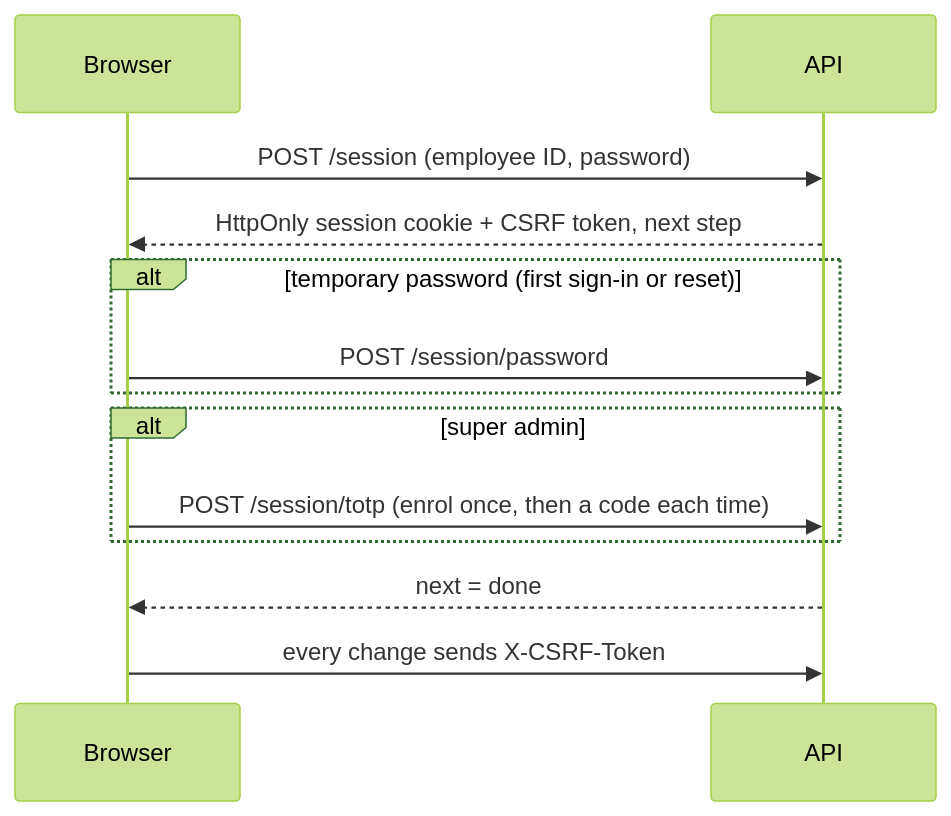
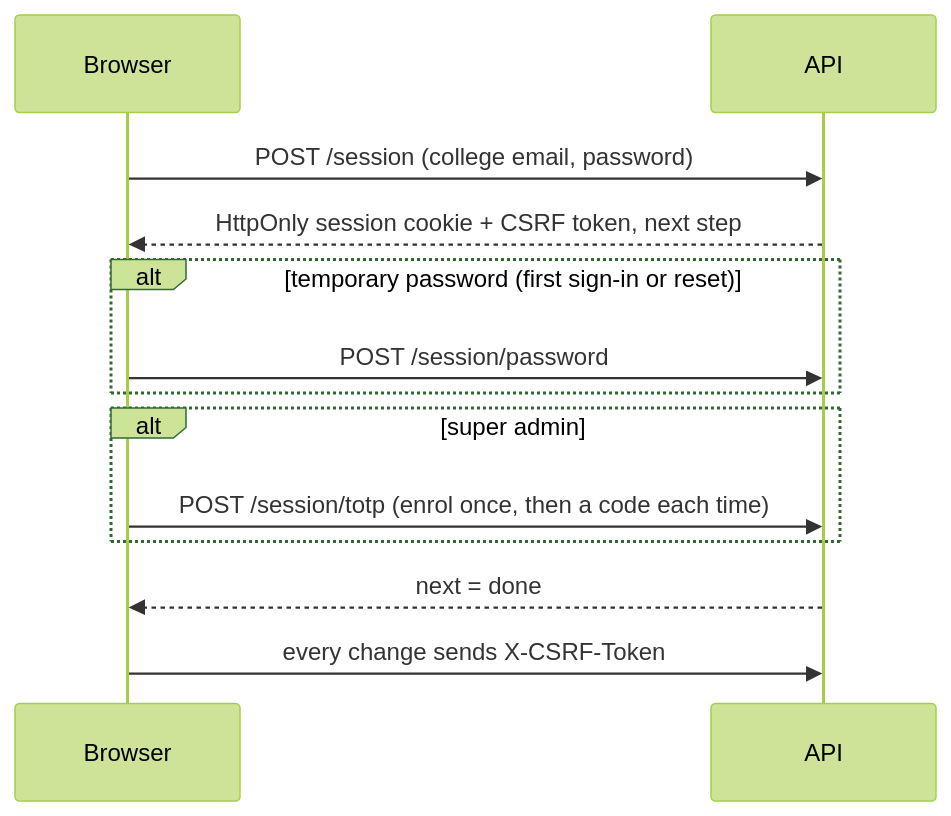
One commit to OSSC-DBIT/pcms changed the fifth of 5 diagrams in docs/ARCHITECTURE.md. Above: the diagram before and after it, drawn with Mermaid (forest theme). The commit also changed 48 other files, not shown here.

````diff
--- a/docs/ARCHITECTURE.md
+++ b/docs/ARCHITECTURE.md
@@ -185,15 +185,15 @@
 ```mermaid
 sequenceDiagram
     participant B as Browser
     participant A as API
-    B->>A: POST /session (employee ID, password)
+    B->>A: POST /session (college email, password)
     A-->>B: HttpOnly session cookie + CSRF token, next step
     alt temporary password (first sign-in or reset)
         B->>A: POST /session/password
     end
     alt super admin
         B->>A: POST /session/totp (enrol once, then a code each time)
     end
     A-->>B: next = done
     B->>A: every change sends X-CSRF-Token
 ```
````
